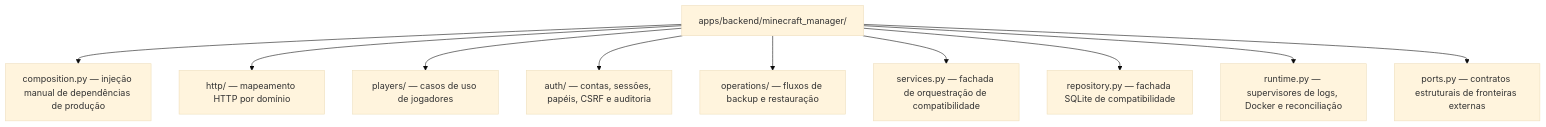
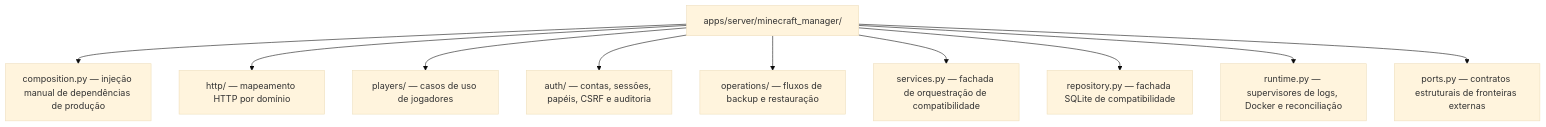
The fourth of 5 diagrams in README.pt-BR.md (dgaramos/craftcontrol), drawn with Mermaid (base theme) before and after one commit. The commit also changed other lines of this file and 214 other files, not shown here.

````diff
--- a/README.pt-BR.md
+++ b/README.pt-BR.md
@@ -132,12 +132,12 @@
 ```mermaid
 flowchart TD
-    manager["apps/backend/minecraft_manager/"] --> composition["composition.py — injeção manual de dependências de produção"]
+    manager["apps/server/minecraft_manager/"] --> composition["composition.py — injeção manual de dependências de produção"]
     manager --> http["http/ — mapeamento HTTP por domínio"]
     manager --> players["players/ — casos de uso de jogadores"]
     manager --> auth["auth/ — contas, sessões, papéis, CSRF e auditoria"]
     manager --> operations["operations/ — fluxos de backup e restauração"]
     manager --> services["services.py — fachada de orquestração de compatibilidade"]
     manager --> repository["repository.py — fachada SQLite de compatibilidade"]
     manager --> runtime["runtime.py — supervisores de logs, Docker e reconciliação"]
     manager --> ports["ports.py — contratos estruturais de fronteiras externas"]
 ```
````
